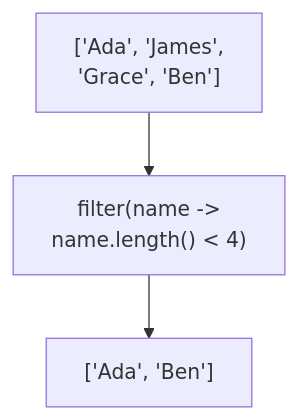
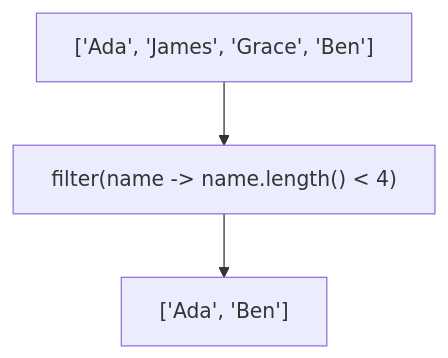
One commit to hh-programming-2/lessons changed the first of 2 diagrams in materials/streams.md. Above: the diagram before and after it, drawn with Mermaid. The commit also changed other lines of this file, not shown here.

Commit message:
Fix formatting in streams.md for flowcharts

````diff
--- a/materials/streams.md
+++ b/materials/streams.md
@@ -85,10 +85,10 @@
 ```mermaid
 ---
 config:
     flowchart:
         wrappingWidth: 1000
 ---
 flowchart TB
-    A["['Ada', 'James',<br/>'Grace', 'Ben']"] --> B["filter(name -><br/>name.length() < 4)"]
+    A["['Ada', 'James', 'Grace', 'Ben']"] --> B["filter(name -> name.length() < 4)"]
     B --> C["['Ada', 'Ben']"]
 ```
````
